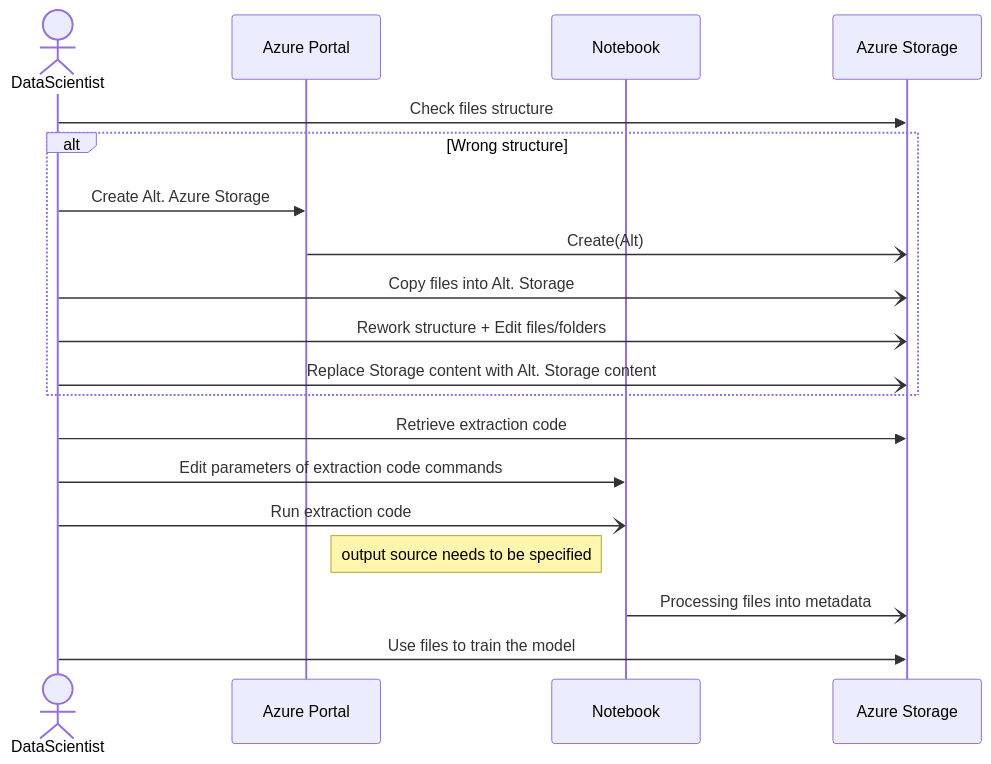
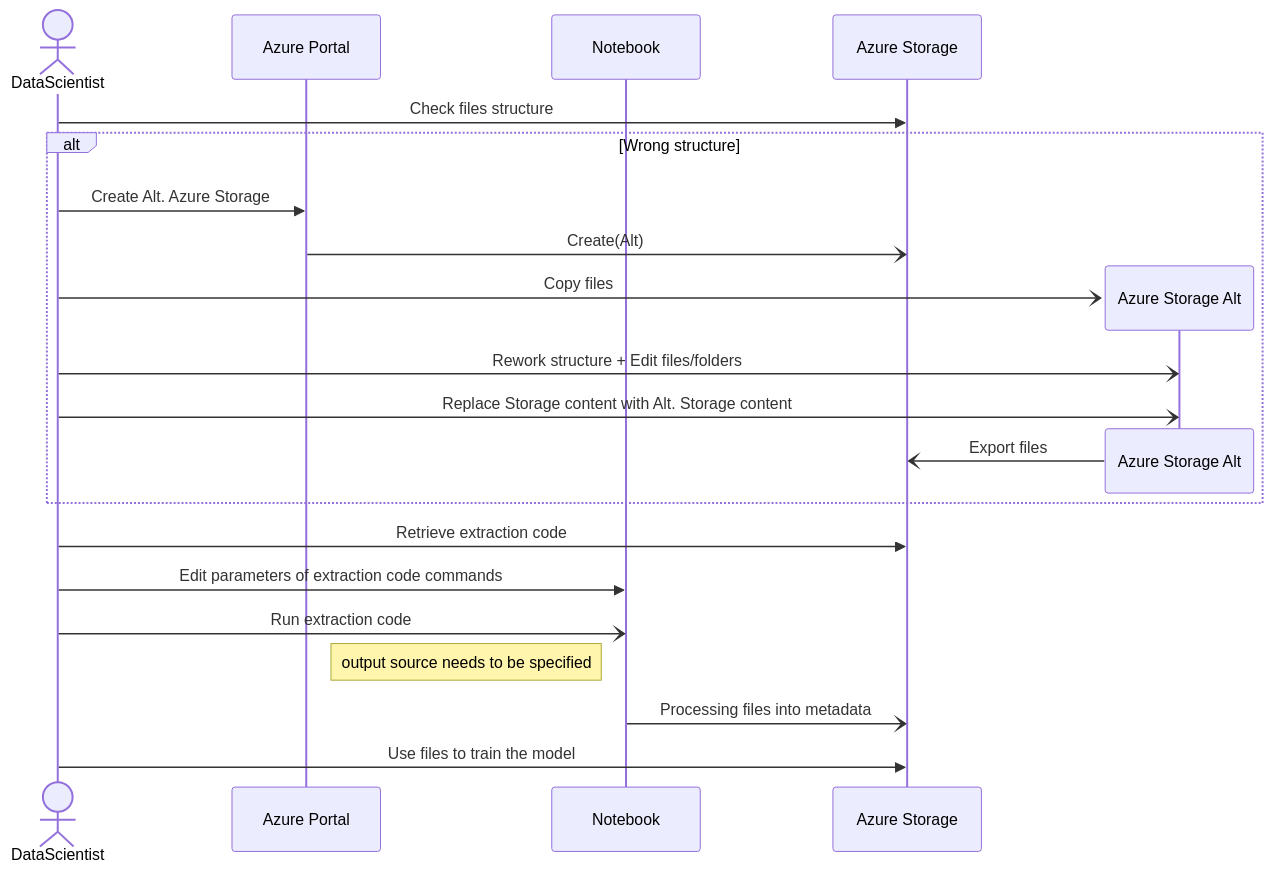
One commit to ai-cfia/ailab-datastore changed the third of 5 diagrams in metadata-doc.md. Above: the diagram before and after it, drawn with Mermaid. The commit also changed other lines of this file, not shown here.

Commit message:
Fixes #2: Doc Rework following discussions

````diff
--- a/metadata-doc.md
+++ b/metadata-doc.md
@@ -59,24 +64,27 @@
 ``` mermaid  
             sequenceDiagram
 
                 actor DataScientist
                 participant Azure Portal
                 participant Notebook
                 participant Azure Storage
 
                 DataScientist->>Azure Storage: Check files structure
                 alt Wrong structure
                     DataScientist->>Azure Portal: Create Alt. Azure Storage
                     Azure Portal-)Azure Storage: Create(Alt)
-                    DataScientist-)Azure Storage: Copy files into Alt. Storage
-                    DataScientist-)Azure Storage: Rework structure + Edit files/folders
-                    DataScientist-)Azure Storage: Replace  Storage content with Alt. Storage content
+                    create participant Azure Storage Alt
+                    DataScientist-)Azure Storage Alt: Copy files
+                    DataScientist-)Azure Storage Alt: Rework structure + Edit files/folders
+                    DataScientist-)Azure Storage Alt: Replace Storage content with Alt. Storage content
+                    destroy Azure Storage Alt 
+                    Azure Storage Alt -) Azure Storage: Export files
                 end
                 DataScientist->>Azure Storage: Retrieve extraction code
                 DataScientist->>Notebook: Edit parameters of extraction code commands
                 
                 DataScientist-) Notebook: Run extraction code
                 Note left of Notebook: output source needs to be specified
                 Notebook -) Azure Storage: Processing files into metadata
                 DataScientist->> Azure Storage: Use files to train the model
 ``` 
````
